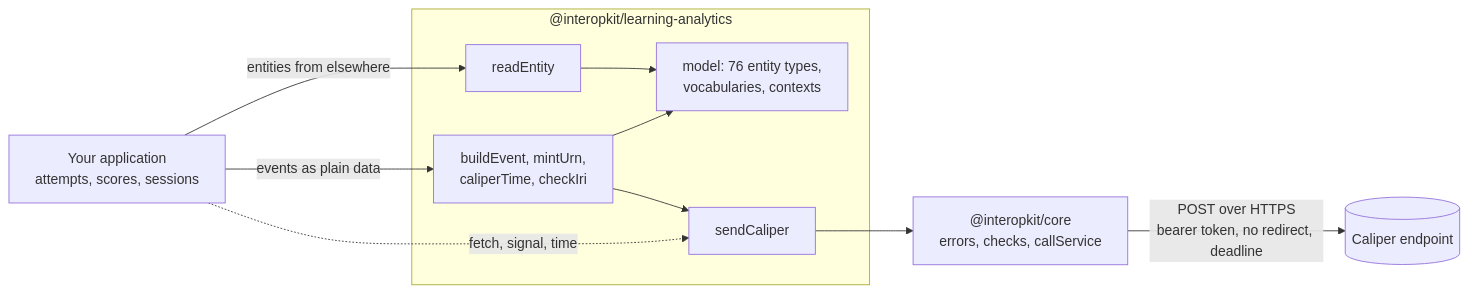
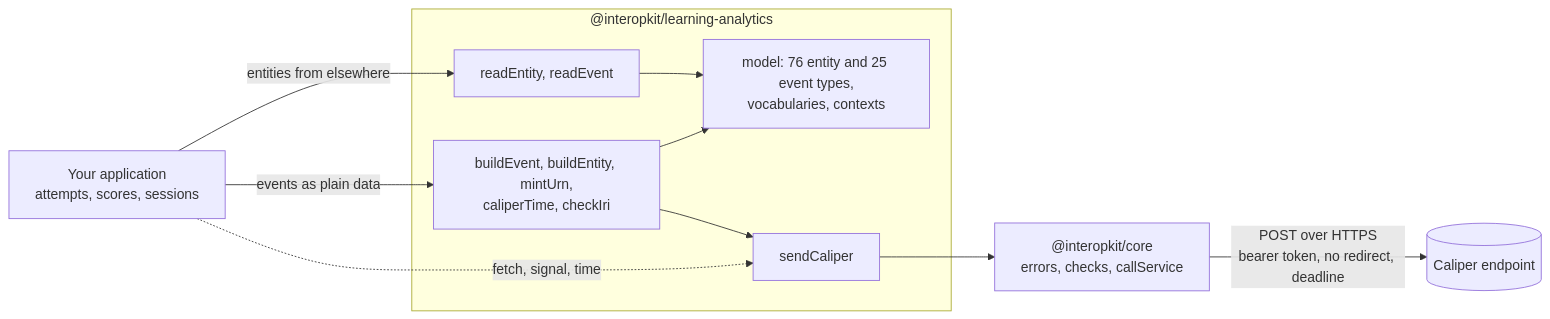
One commit to interopkit/interopkit changed the diagram in packages/learning-analytics/README.md. Above: the diagram before and after it, drawn with Mermaid. The commit also changed other lines of this file and 42 other files, not shown here.

Commit message:
Model the 24 events of Caliper 1.2 and the Library Use Profile, read an event against its class, and build events and entities with any list of contexts

````diff
--- a/packages/learning-analytics/README.md
+++ b/packages/learning-analytics/README.md
@@ -9,20 +9,20 @@
 ```mermaid
 flowchart LR
   host["Your application<br/>attempts, scores, sessions"]
   subgraph pkg["@interopkit/learning-analytics"]
-    model["model: 76 entity types,<br/>vocabularies, contexts"]
-    read["readEntity"]
-    build["buildEvent, mintUrn,<br/>caliperTime, checkIri"]
+    model["model: 76 entity and 25 event types,<br/>vocabularies, contexts"]
+    read["readEntity, readEvent"]
+    build["buildEvent, buildEntity, mintUrn,<br/>caliperTime, checkIri"]
     send["sendCaliper"]
   end
   core["@interopkit/core<br/>errors, checks, callService"]
   endpoint[("Caliper endpoint")]
   host -->|"events as plain data"| build
   host -->|"entities from elsewhere"| read
   read --> model
   build --> model
   build --> send
   host -.->|"fetch, signal, time"| send
   send --> core
   core -->|"POST over HTTPS<br/>bearer token, no redirect, deadline"| endpoint
 ```
````
